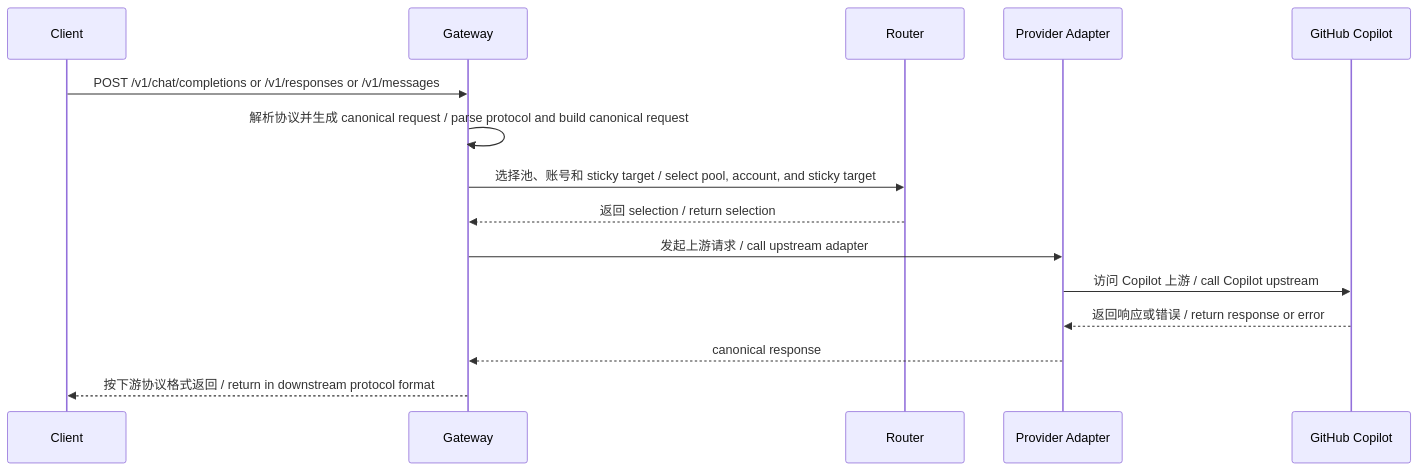
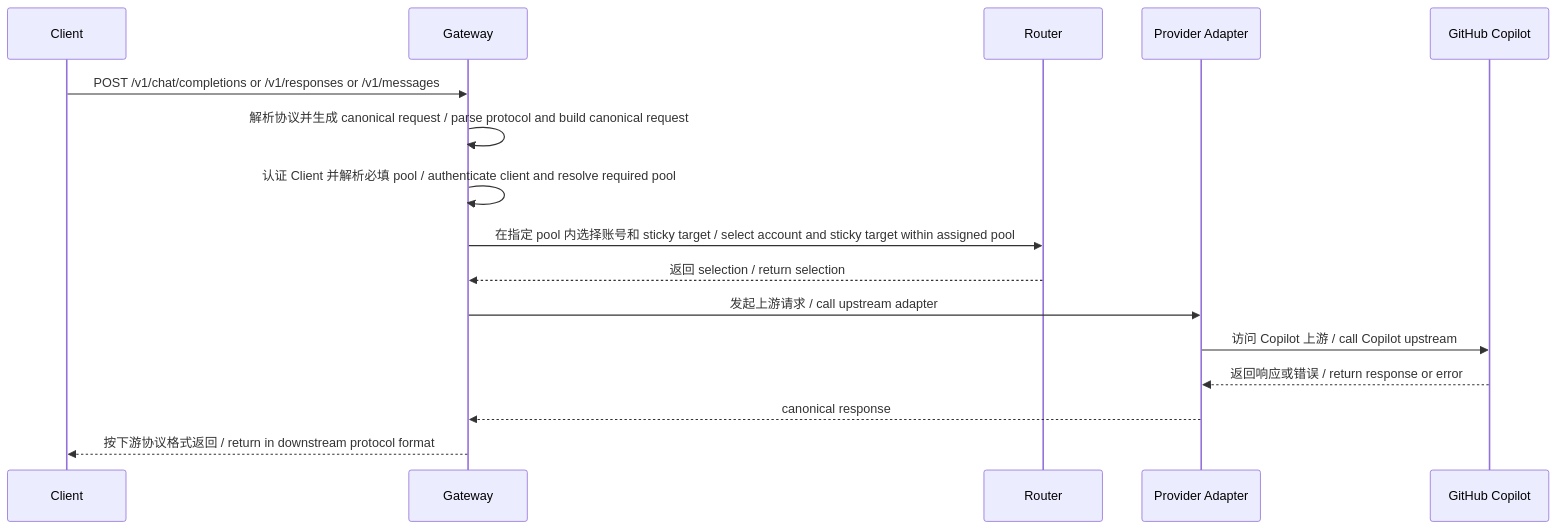
One commit to pczhao1210/ghcp-pool-proxy changed the second of 6 diagrams in docs/architecture.zh.md. Above: the diagram before and after it, drawn with Mermaid. The commit also changed other lines of this file and 16 other files, not shown here.

````diff
--- a/docs/architecture.zh.md
+++ b/docs/architecture.zh.md
@@ -44,18 +44,19 @@
 ```mermaid
 sequenceDiagram
   participant C as Client
   participant G as Gateway
   participant R as Router
   participant P as Provider Adapter
   participant U as GitHub Copilot
 
   C->>G: POST /v1/chat/completions or /v1/responses or /v1/messages
   G->>G: 解析协议并生成 canonical request / parse protocol and build canonical request
-  G->>R: 选择池、账号和 sticky target / select pool, account, and sticky target
+  G->>G: 认证 Client 并解析必填 pool / authenticate client and resolve required pool
+  G->>R: 在指定 pool 内选择账号和 sticky target / select account and sticky target within assigned pool
   R-->>G: 返回 selection / return selection
   G->>P: 发起上游请求 / call upstream adapter
   P->>U: 访问 Copilot 上游 / call Copilot upstream
   U-->>P: 返回响应或错误 / return response or error
   P-->>G: canonical response
   G-->>C: 按下游协议格式返回 / return in downstream protocol format
 ```
````
